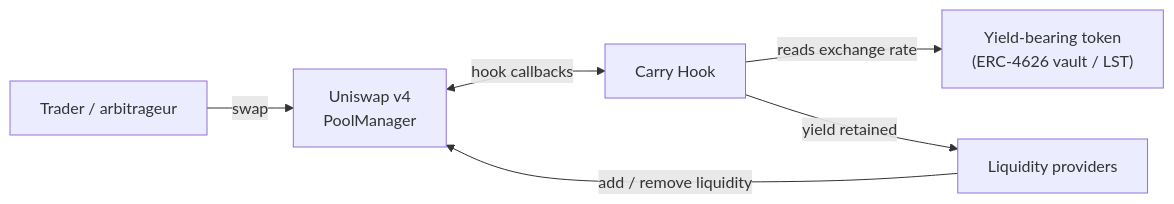
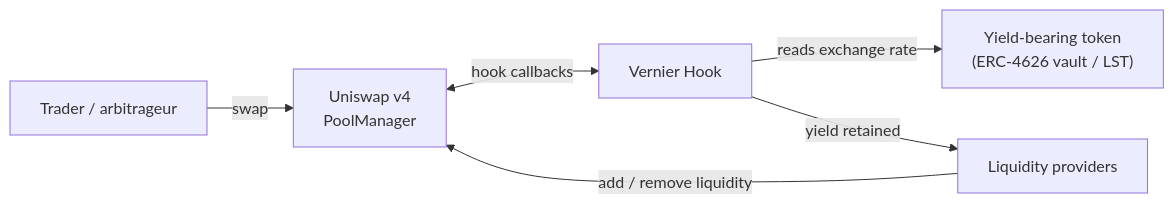
Before and after one commit to Spagero763/vernier: the first of 3 diagrams in docs/architecture.md, drawn with Mermaid. The commit also changed other lines of this file and 18 other files, not shown here.

````diff
--- a/docs/architecture.md
+++ b/docs/architecture.md
@@ -7,8 +7,8 @@
 ```mermaid
 flowchart LR
     Trader["Trader / arbitrageur"] -->|swap| PM["Uniswap v4\nPoolManager"]
     LP["Liquidity providers"] -->|add / remove liquidity| PM
-    PM <-->|hook callbacks| Carry["Carry Hook"]
-    Carry -->|reads exchange rate| Token["Yield-bearing token\n(ERC-4626 vault / LST)"]
-    Carry -->|yield retained| LP
+    PM <-->|hook callbacks| Vernier["Vernier Hook"]
+    Vernier -->|reads exchange rate| Token["Yield-bearing token\n(ERC-4626 vault / LST)"]
+    Vernier -->|yield retained| LP
 ```
````
